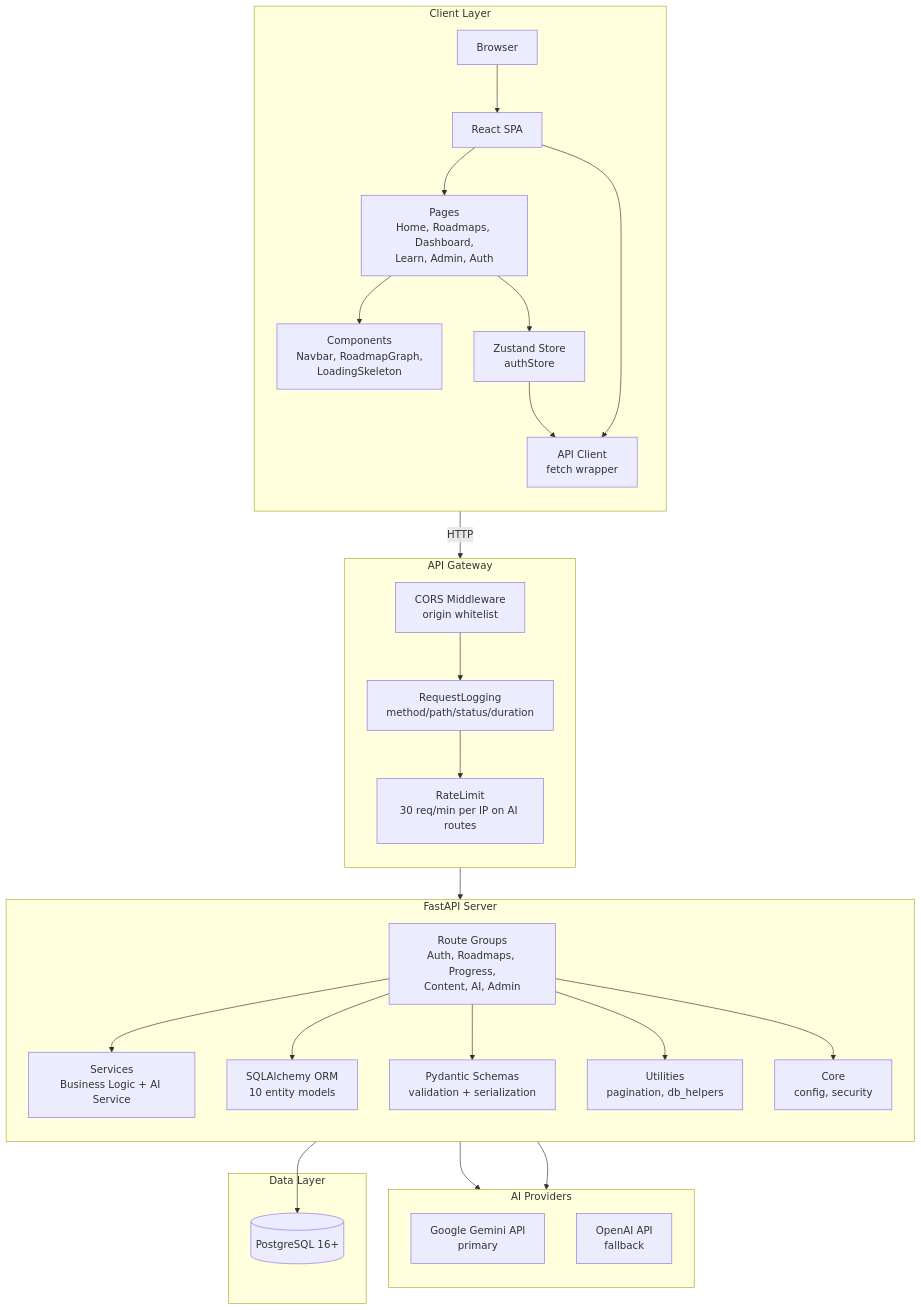
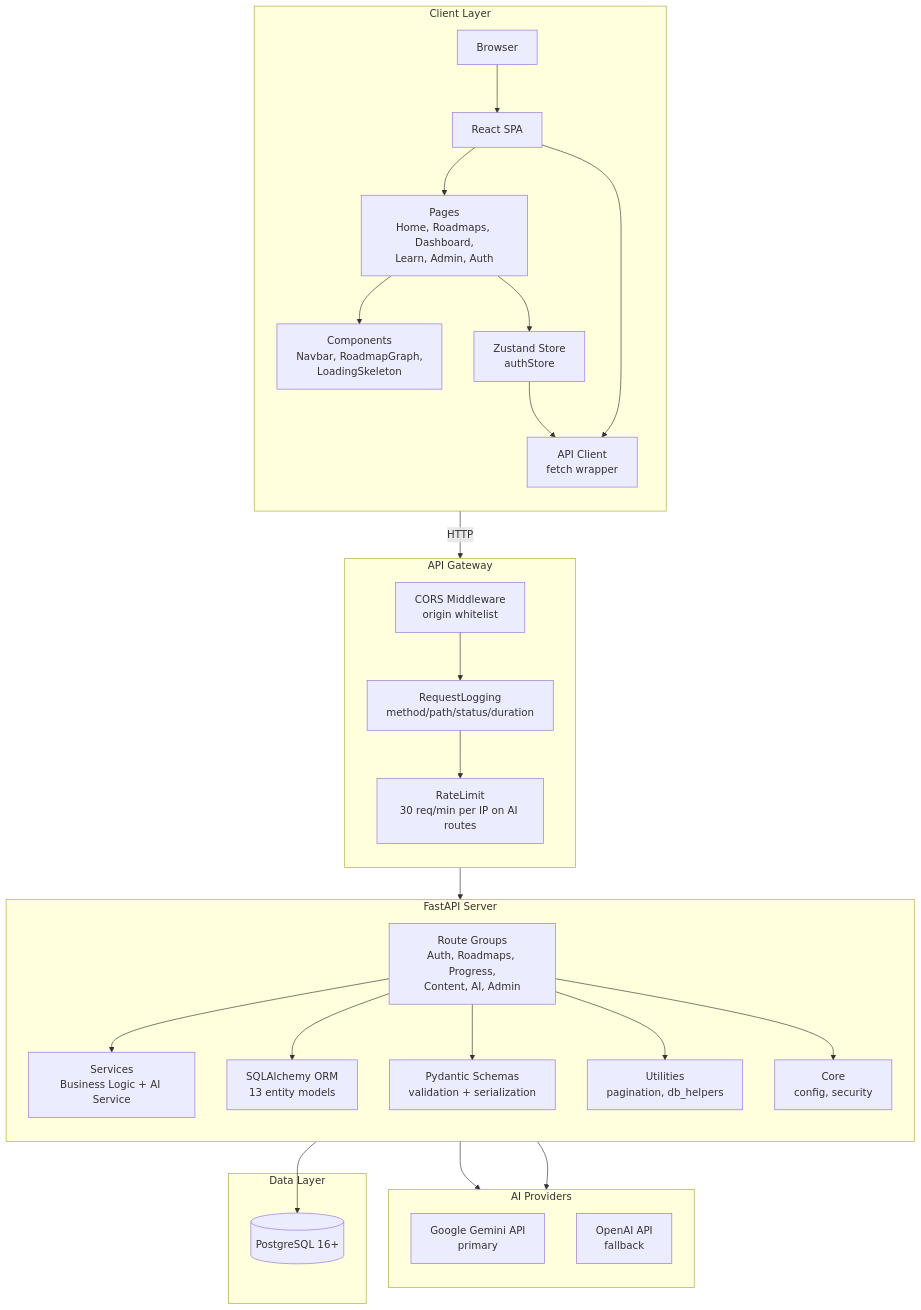
Before and after one commit to learnerforge/Roadmaps-generator: the first of 5 diagrams in README.md, drawn with Mermaid. The commit also changed other lines of this file and 22 other files, not shown here.

````diff
--- a/README.md
+++ b/README.md
@@ -33,60 +33,60 @@
 ```mermaid
 flowchart TB
     subgraph CLIENT["Client Layer"]
         direction TB
         Browser["Browser"]
         SPA["React SPA"]
         Pages["Pages\nHome, Roadmaps, Dashboard,\nLearn, Admin, Auth"]
         Components["Components\nNavbar, RoadmapGraph,\nLoadingSkeleton"]
         Store["Zustand Store\nauthStore"]
         API["API Client\nfetch wrapper"]
 
         Browser --> SPA
         SPA --> Pages
         SPA --> API
         Pages --> Components
         Pages --> Store
         Store --> API
     end
 
     subgraph GATEWAY["API Gateway"]
         direction TB
         CORS["CORS Middleware\norigin whitelist"]
         Logging["RequestLogging\nmethod/path/status/duration"]
         RateLimit["RateLimit\n30 req/min per IP on AI routes"]
 
         CORS --> Logging --> RateLimit
     end
 
     subgraph SERVER["FastAPI Server"]
         direction TB
         Routes["Route Groups\nAuth, Roadmaps, Progress,\nContent, AI, Admin"]
         Services["Services\nBusiness Logic + AI Service"]
-        ORM["SQLAlchemy ORM\n10 entity models"]
+        ORM["SQLAlchemy ORM\n13 entity models"]
         Schemas["Pydantic Schemas\nvalidation + serialization"]
         Utils["Utilities\npagination, db_helpers"]
         Core["Core\nconfig, security"]
 
         RateLimit --> Routes
         Routes --> Services
         Routes --> ORM
         Routes --> Schemas
         Routes --> Utils
         Routes --> Core
     end
 
     subgraph AI_PROVIDERS["AI Providers"]
         direction TB
         Gemini["Google Gemini API\nprimary"]
         OpenAI["OpenAI API\nfallback"]
     end
 
     subgraph STORAGE["Data Layer"]
         PG[("PostgreSQL 16+")]
     end
 
     API -->|"HTTP"| CORS
     Services --> Gemini
     Services --> OpenAI
     ORM --> PG
 ```
````
